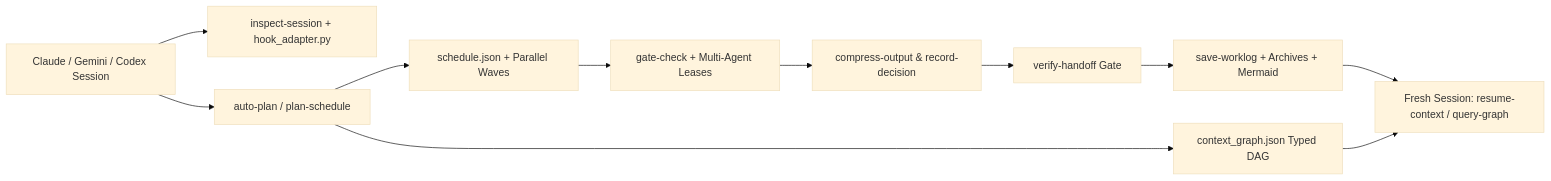
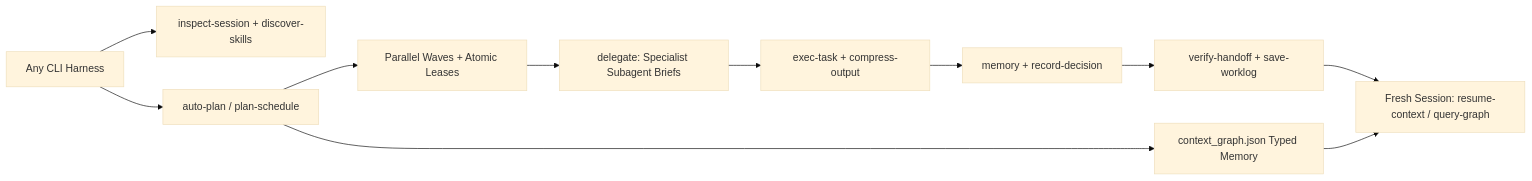
One commit to omakasekim/context-budget-orchestrator changed the diagram in README.md. Above: the diagram before and after it, drawn with Mermaid (base theme). The commit also changed other lines of this file and 9 other files, not shown here.

Commit message:
Release v3.0.0 Universal: research/memory graph, specialist delegation, exec-task, skill router, 8+ harnesses, and EN/KO/ZH/ES READMEs

````diff
--- a/README.md
+++ b/README.md
@@ -27,13 +56,13 @@
 ```mermaid
 flowchart LR
-  A[Claude / Gemini / Codex Session] --> B[inspect-session + hook_adapter.py]
+  A[Any CLI Harness] --> B[inspect-session + discover-skills]
   A --> C[auto-plan / plan-schedule]
-  C --> D[schedule.json + Parallel Waves]
-  C --> E[context_graph.json Typed DAG]
-  D --> F[gate-check + Multi-Agent Leases]
-  F --> G[compress-output & record-decision]
-  G --> H[verify-handoff Gate]
-  H --> I[save-worklog + Archives + Mermaid]
+  C --> D[Parallel Waves + Atomic Leases]
+  C --> E[context_graph.json Typed Memory]
+  D --> F[delegate: Specialist Subagent Briefs]
+  F --> G[exec-task + compress-output]
+  G --> H[memory + record-decision]
+  H --> I[verify-handoff + save-worklog]
   I --> J[Fresh Session: resume-context / query-graph]
   E --> J
 ```
````
